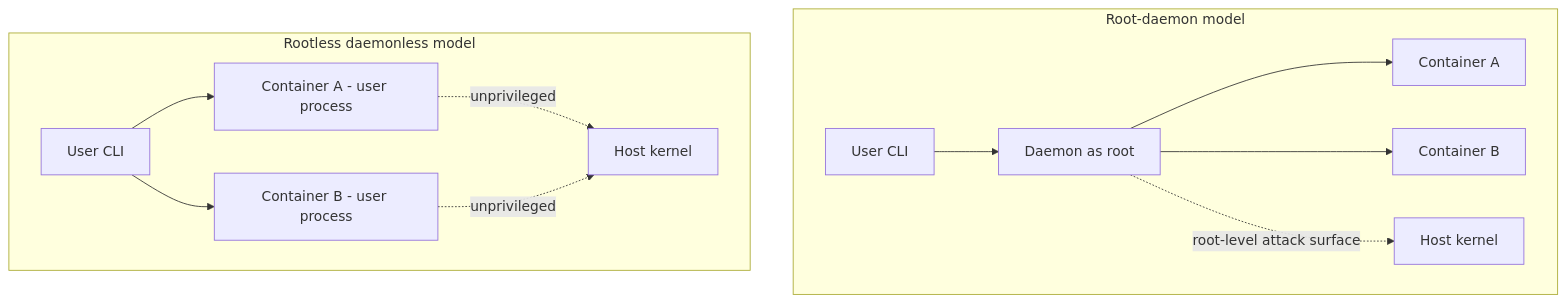
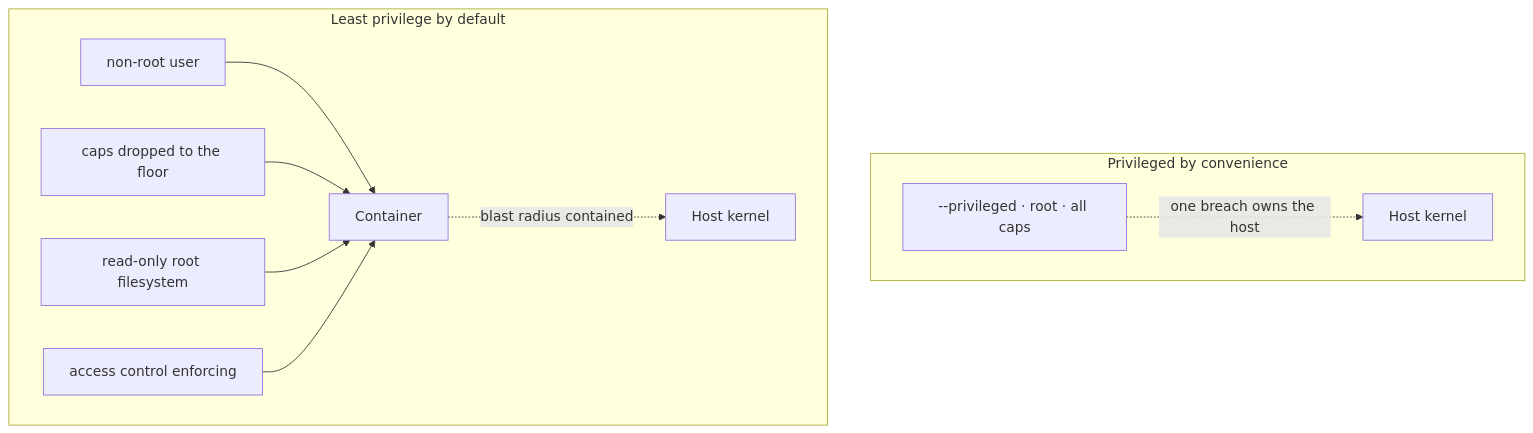
Before and after one commit to edhaynes/eds-rules: the second of 5 diagrams in book/ch03.md, drawn with Mermaid. The commit also changed other lines of this file and 7 other files, not shown here.

First line of the commit message:
docs(book): relegate Red Hat to an employer-layer example; +10 diagrams

````diff
--- a/book/ch03.md
+++ b/book/ch03.md
@@ -98,15 +96,13 @@
 ```mermaid
 flowchart TB
-    subgraph RootDaemon["Root-daemon model"]
-        U1["User CLI"] --> D1["Daemon as root"]
-        D1 --> CA["Container A"]
-        D1 --> CB["Container B"]
-        D1 -. "root-level attack surface" .-> K1["Host kernel"]
+    subgraph PRIV["Privileged by convenience"]
+        P1["--privileged · root · all caps"] -. "one breach owns the host" .-> H1["Host kernel"]
     end
-    subgraph Rootless["Rootless daemonless model"]
-        U2["User CLI"] --> CC["Container A - user process"]
-        U2 --> CD["Container B - user process"]
-        CC -. "unprivileged" .-> K2["Host kernel"]
-        CD -. "unprivileged" .-> K2
+    subgraph LEAST["Least privilege by default"]
+        L1["non-root user"] --> C["Container"]
+        L2["caps dropped to the floor"] --> C
+        L3["read-only root filesystem"] --> C
+        L4["access control enforcing"] --> C
+        C -. "blast radius contained" .-> H2["Host kernel"]
     end
 ```
````
